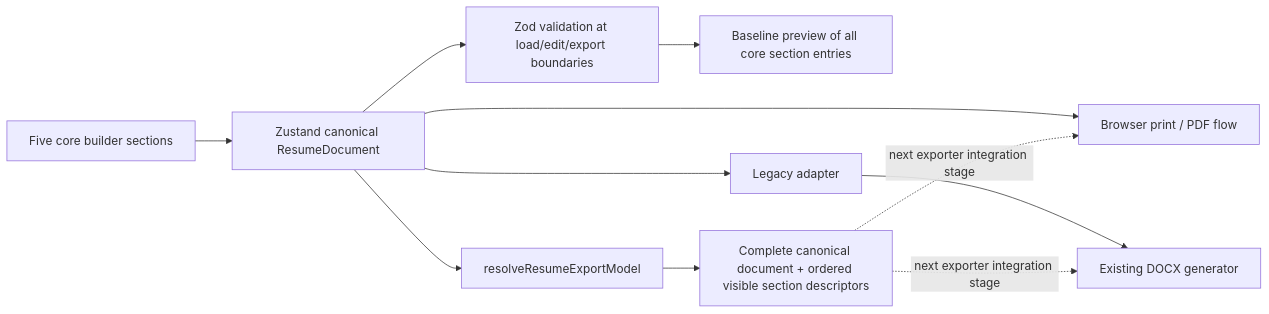
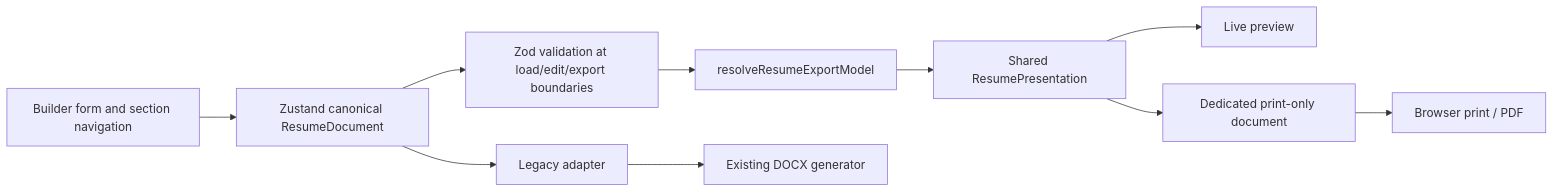
One commit to funkyvibespk/cvmaker changed the first of 2 diagrams in docs/ARCHITECTURE.md. Above: the diagram before and after it, drawn with Mermaid. The commit also changed other lines of this file and 8 other files, not shown here.

````diff
--- a/docs/ARCHITECTURE.md
+++ b/docs/ARCHITECTURE.md
@@ -72,13 +74,12 @@
 ```mermaid
 flowchart LR
-    A["Five core builder sections"] --> B["Zustand canonical ResumeDocument"]
+    A["Builder form and section navigation"] --> B["Zustand canonical ResumeDocument"]
     B --> C["Zod validation at load/edit/export boundaries"]
-    C --> D["Baseline preview of all core section entries"]
-    B --> E["Browser print / PDF flow"]
-    B --> F["Legacy adapter"]
-    F --> G["Existing DOCX generator"]
-    B --> H["resolveResumeExportModel"]
-    H --> I["Complete canonical document + ordered visible section descriptors"]
-    I -. "next exporter integration stage" .-> E
-    I -. "next exporter integration stage" .-> G
+    C --> D["resolveResumeExportModel"]
+    D --> E["Shared ResumePresentation"]
+    E --> F["Live preview"]
+    E --> G["Dedicated print-only document"]
+    G --> H["Browser print / PDF"]
+    B --> I["Legacy adapter"]
+    I --> J["Existing DOCX generator"]
 ```
````
